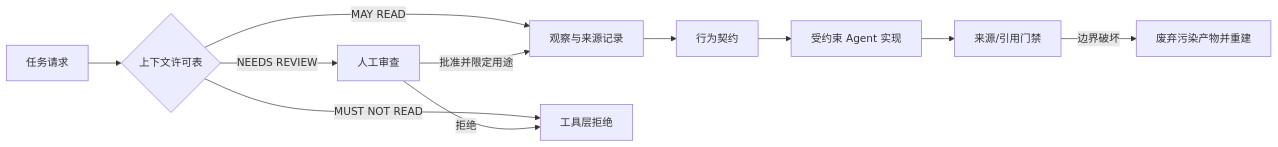
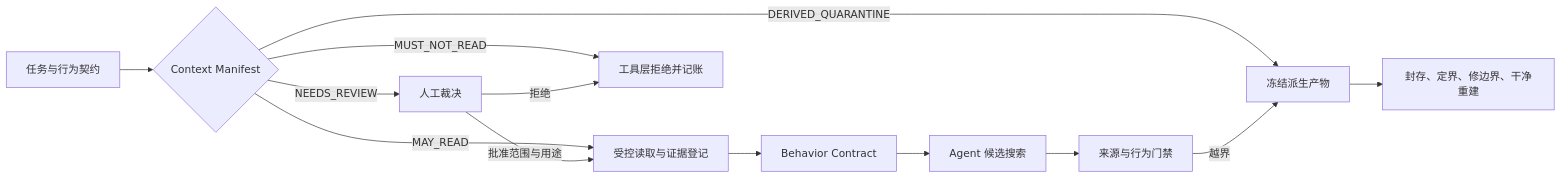
Before and after one commit to ZhangHanDong/coreutils: the diagram in book/src/part2/ch04-clean-room.md, drawn with Mermaid. The commit also changed other lines of this file, not shown here.

Commit message:
docs: expand clean-room context boundaries

````diff
--- a/book/src/part2/ch04-clean-room.md
+++ b/book/src/part2/ch04-clean-room.md
@@ -35,13 +36,15 @@
 ```mermaid
 flowchart LR
-    Q["任务请求"] --> P{"上下文许可表"}
-    P -->|"MAY READ"| O["观察与来源记录"]
-    P -->|"MUST NOT READ"| X["工具层拒绝"]
-    P -->|"NEEDS REVIEW"| H["人工审查"]
-    H -->|"批准并限定用途"| O
+    Q["任务与行为契约"] --> M{"Context Manifest"}
+    M -->|"MAY_READ"| R["受控读取与证据登记"]
+    M -->|"MUST_NOT_READ"| X["工具层拒绝并记账"]
+    M -->|"NEEDS_REVIEW"| H["人工裁决"]
+    M -->|"DERIVED_QUARANTINE"| F["冻结派生产物"]
+    H -->|"批准范围与用途"| R
     H -->|"拒绝"| X
-    O --> C["行为契约"]
-    C --> A["受约束 Agent 实现"]
-    A --> G["来源/引用门禁"]
-    G -->|"边界破坏"| R["废弃污染产物并重建"]
+    R --> C["Behavior Contract"]
+    C --> A["Agent 候选搜索"]
+    A --> V["来源与行为门禁"]
+    V -->|"越界"| F
+    F --> S["封存、定界、修边界、干净重建"]
 ```
````
